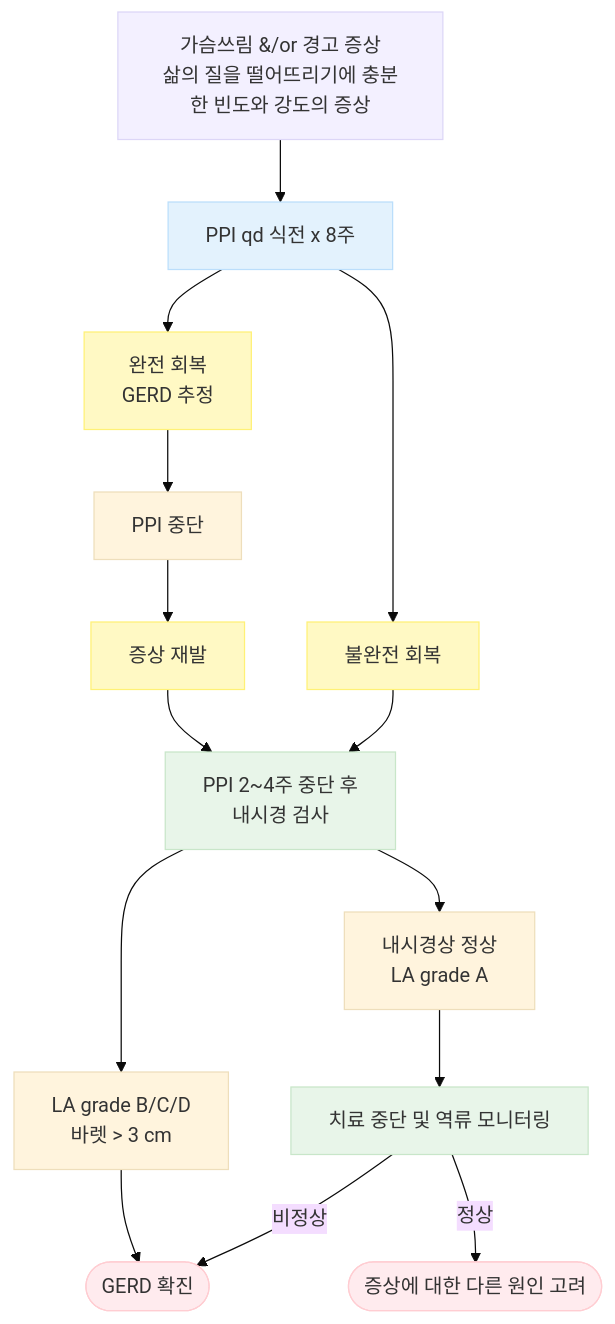
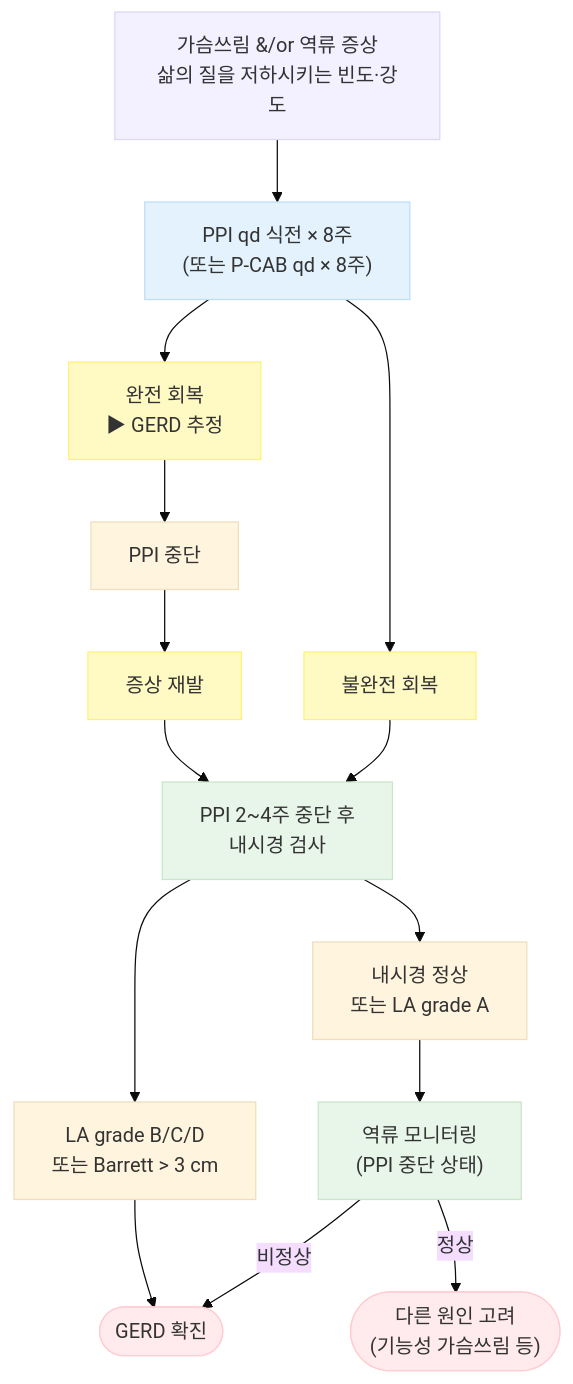
The first of 4 diagrams in 224_/081_-gerd.md (familyoh77/familyoh77), drawn with Mermaid (base theme) before and after one commit. The commit also changed other lines of this file, not shown here.

````diff
--- a/224_/081_-gerd.md
+++ b/224_/081_-gerd.md
@@ -103,37 +151,33 @@
 ```mermaid
 graph TD
-    A["가슴쓰림 &/or 경고 증상<br/>삶의 질을 떨어뜨리기에 충분한 빈도와 강도의 증상"] --> B["PPI qd 식전 x 8주"]
-    
-    B --> C["완전 회복<br/>GERD 추정"]
+    A["가슴쓰림 &/or 역류 증상<br/>삶의 질을 저하시키는 빈도·강도"] --> B["PPI qd 식전 × 8주<br/>(또는 P-CAB qd × 8주)"]
+
+    B --> C["완전 회복<br/>▶ GERD 추정"]
     B --> D["불완전 회복"]
-    
+
     C --> E["PPI 중단"]
     E --> F["증상 재발"]
-    
+
     F --> G["PPI 2~4주 중단 후<br/>내시경 검사"]
     D --> G
-    
-    G --> H["LA grade B/C/D<br/>바렛 > 3 cm"]
-    G --> I["내시경상 정상<br/>LA grade A"]
-    
+
+    G --> H["LA grade B/C/D<br/>또는 Barrett > 3 cm"]
+    G --> I["내시경 정상<br/>또는 LA grade A"]
+
     H --> J(["GERD 확진"])
-    
-    I --> K["치료 중단 및 역류 모니터링"]
-    
+
+    I --> K["역류 모니터링<br/>(PPI 중단 상태)"]
+
     K -- "비정상" --> J
-    K -- "정상" --> L(["증상에 대한 다른 원인 고려"])
+    K -- "정상" --> L(["다른 원인 고려<br/>(기능성 가슴쓰림 등)"])
 
-    %% Style settings
     style A fill:#f3f0ff,stroke:#dcd6f7
     style B fill:#e3f2fd,stroke:#bbdefb
     style C fill:#fff9c4,stroke:#fff176
     style D fill:#fff9c4,stroke:#fff176
     style F fill:#fff9c4,stroke:#fff176
     style G fill:#e8f5e9,stroke:#c8e6c9
     style K fill:#e8f5e9,stroke:#c8e6c9
     style J fill:#ffebee,stroke:#ffcdd2
     style L fill:#ffebee,stroke:#ffcdd2
-    
-    
-    
 ```
````
